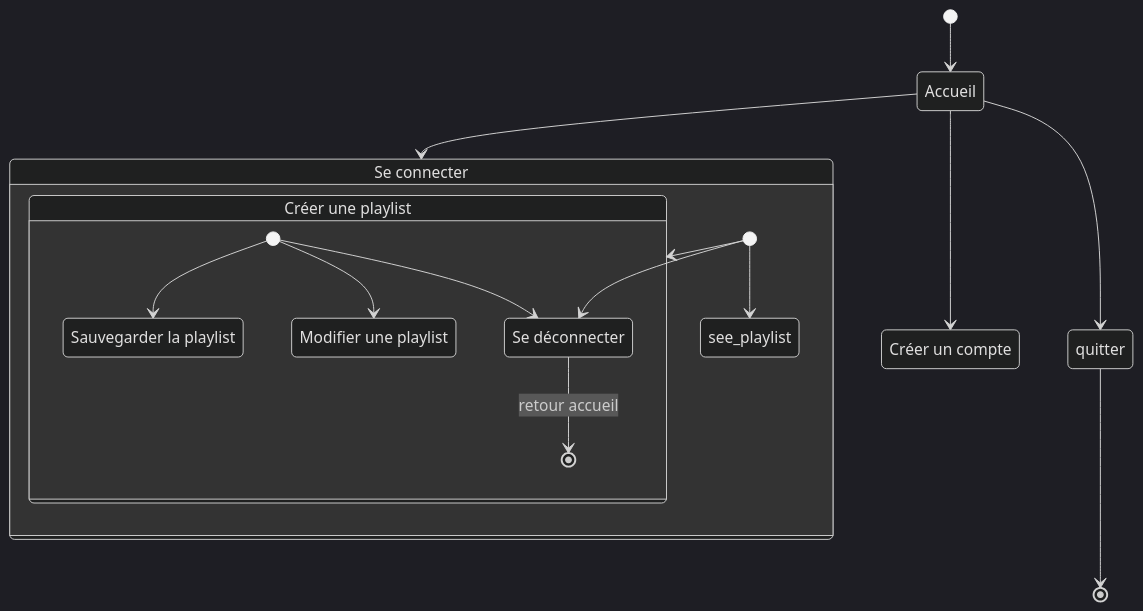
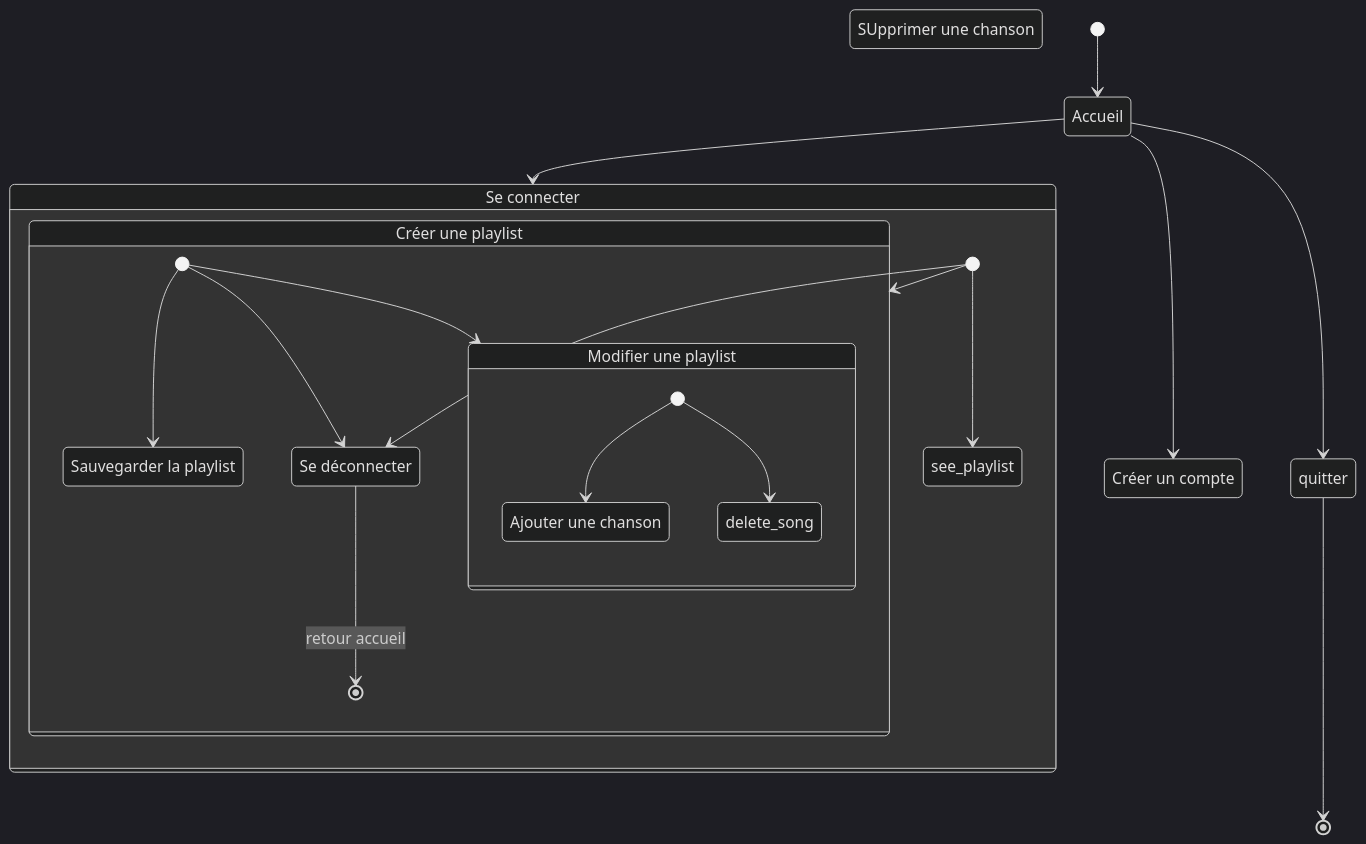
One commit to luteceagn/ENSAI-Projet-info-2A changed the diagram in doc/tracking/diag_activities.md. Above: the diagram before and after it, drawn with Mermaid (dark theme).

Commit message:
ajouts activités

````diff
--- a/doc/tracking/diag_activities.md
+++ b/doc/tracking/diag_activities.md
@@ -5,31 +5,38 @@
 ```mermaid
 stateDiagram
     login : Se connecter
     logon : Créer un compte
+    add_song : Ajouter une chanson
+    Delete_song : SUpprimer une chanson
     create_playlist : Créer une playlist
     modifie_playlist : Modifier une playlist
     save_playlist : Sauvegarder la playlist
     logout : Se déconnecter
     
     [*] --> Accueil
     
     Accueil --> login
     
     
     Accueil --> logon
     
     Accueil --> quitter
     quitter --> [*]
     
     state login {
         [*]--> create_playlist
         [*]--> see_playlist
         [*]--> logout
     }
     state create_playlist {
     	[*] --> save_playlist
     	[*] --> modifie_playlist
     	[*] --> logout
         logout --> [*]:retour accueil
     }
+
+    state modifie_playlist {
+        [*]--> add_song
+        [*]--> delete_song
+    }
 ```
````
